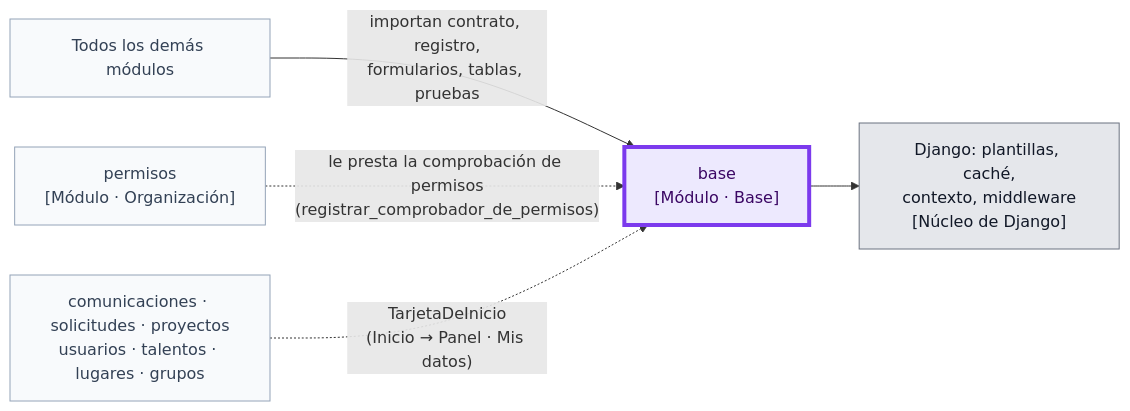
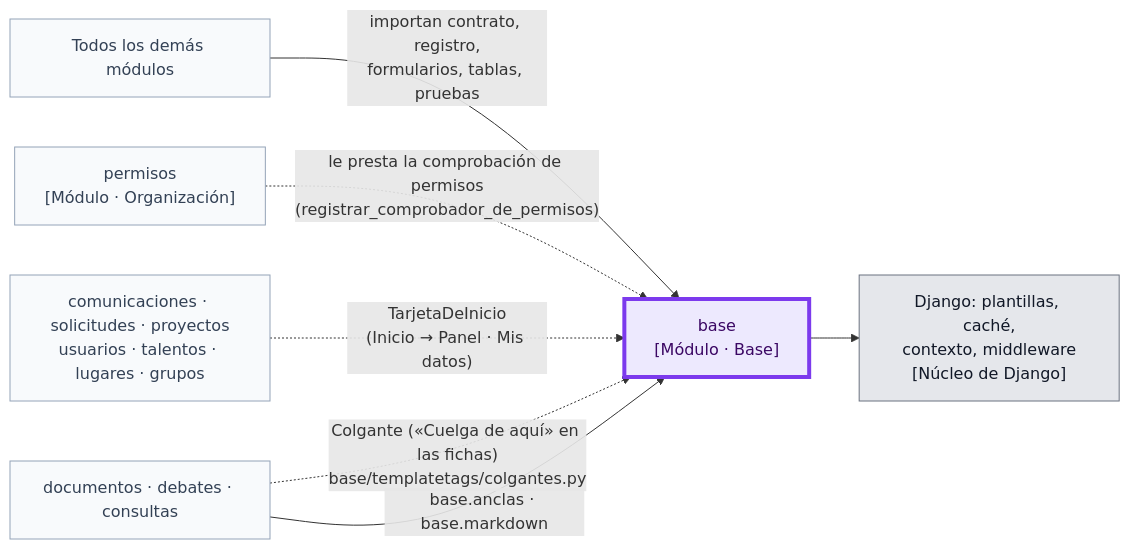
Before and after one commit to chemabc/groupy: the sixth of 38 diagrams in docs/arquitectura.md, drawn with Mermaid. The commit also changed other lines of this file and 96 other files, not shown here.

````diff
--- a/docs/arquitectura.md
+++ b/docs/arquitectura.md
@@ -285,16 +287,19 @@
 ```mermaid
 flowchart LR
   classDef capabase fill:#ede9fe,stroke:#7c3aed,color:#3b0764
   classDef yo fill:#ede9fe,stroke:#7c3aed,stroke-width:4px,color:#3b0764
   classDef otro fill:#f8fafc,stroke:#94a3b8,color:#334155
   classDef django fill:#e5e7eb,stroke:#6b7280,color:#111827
   base["base<br/>[Módulo · Base]"]:::yo
   todos["Todos los demás módulos"]:::otro
   permisos["permisos<br/>[Módulo · Organización]"]:::otro
   dj["Django: plantillas, caché,<br/>contexto, middleware<br/>[Núcleo de Django]"]:::django
   todos -- "importan contrato, registro,<br/>formularios, tablas, pruebas" --> base
   permisos -. "le presta la comprobación de permisos<br/>(registrar_comprobador_de_permisos)" .-> base
   tarjetas["comunicaciones · solicitudes · proyectos<br/>usuarios · talentos · lugares · grupos"]:::otro
   tarjetas -. "TarjetaDeInicio<br/>(Inicio → Panel · Mis datos)" .-> base
+  colg["documentos · debates · consultas"]:::otro
+  colg -. "Colgante («Cuelga de aquí» en las fichas)<br/>base/templatetags/colgantes.py" .-> base
+  colg -- "base.anclas · base.markdown" --> base
   base --> dj
 ```
````
